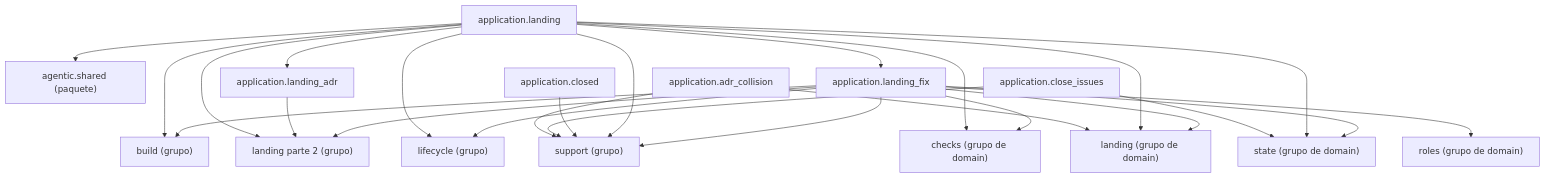
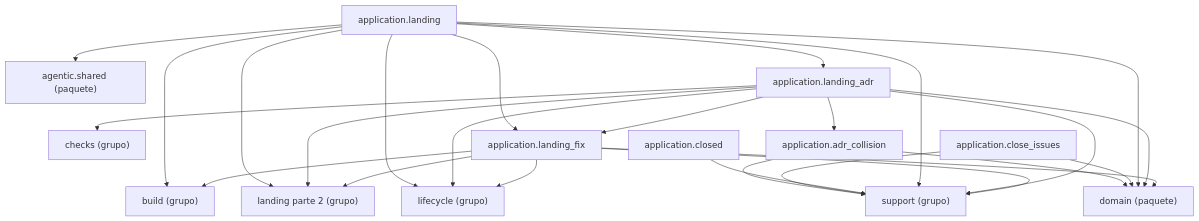
The diagram in docs/architecture/generated/packages-process-application-landing-1.md (GonzaloZevallos/agentic-system), drawn with Mermaid before and after one commit. The commit also changed other lines of this file and 2 other files, not shown here.

Commit message:
Test the ADR decision chain end to end and keep the reply wording of the escalation text
The chain test covers apply, legacy entries, spent passes, out-of-bounds, stale moves, a runner exception and a comment before the escalation. Regenerated the module graph doc for the new imports.

````diff
--- a/docs/architecture/generated/packages-process-application-landing-1.md
+++ b/docs/architecture/generated/packages-process-application-landing-1.md
@@ -16,42 +16,41 @@
 ```mermaid
 graph TD
     g_application__build["build (grupo)"]
+    g_application__checks["checks (grupo)"]
     g_application__landing__2["landing parte 2 (grupo)"]
     g_application__lifecycle["lifecycle (grupo)"]
     g_application__support["support (grupo)"]
-    g_domain__checks["checks (grupo de domain)"]
-    g_domain__landing["landing (grupo de domain)"]
-    g_domain__roles["roles (grupo de domain)"]
-    g_domain__state["state (grupo de domain)"]
     g_pkg__agentic__shared["agentic.shared (paquete)"]
+    g_pkg__domain["domain (paquete)"]
     m_application__adr_collision["application.adr_collision"]
     m_application__close_issues["application.close_issues"]
     m_application__closed["application.closed"]
     m_application__landing["application.landing"]
     m_application__landing_adr["application.landing_adr"]
     m_application__landing_fix["application.landing_fix"]
     m_application__adr_collision --> g_application__support
-    m_application__adr_collision --> g_domain__landing
+    m_application__adr_collision --> g_pkg__domain
     m_application__close_issues --> g_application__support
-    m_application__close_issues --> g_domain__state
+    m_application__close_issues --> g_pkg__domain
     m_application__closed --> g_application__support
     m_application__landing --> g_application__build
     m_application__landing --> g_application__landing__2
     m_application__landing --> g_application__lifecycle
     m_application__landing --> g_application__support
-    m_application__landing --> g_domain__checks
-    m_application__landing --> g_domain__landing
-    m_application__landing --> g_domain__state
     m_application__landing --> g_pkg__agentic__shared
+    m_application__landing --> g_pkg__domain
     m_application__landing --> m_application__landing_adr
     m_application__landing --> m_application__landing_fix
+    m_application__landing_adr --> g_application__checks
     m_application__landing_adr --> g_application__landing__2
+    m_application__landing_adr --> g_application__lifecycle
+    m_application__landing_adr --> g_application__support
+    m_application__landing_adr --> g_pkg__domain
+    m_application__landing_adr --> m_application__adr_collision
+    m_application__landing_adr --> m_application__landing_fix
     m_application__landing_fix --> g_application__build
     m_application__landing_fix --> g_application__landing__2
     m_application__landing_fix --> g_application__lifecycle
     m_application__landing_fix --> g_application__support
-    m_application__landing_fix --> g_domain__checks
-    m_application__landing_fix --> g_domain__landing
-    m_application__landing_fix --> g_domain__roles
-    m_application__landing_fix --> g_domain__state
+    m_application__landing_fix --> g_pkg__domain
 ```
````
